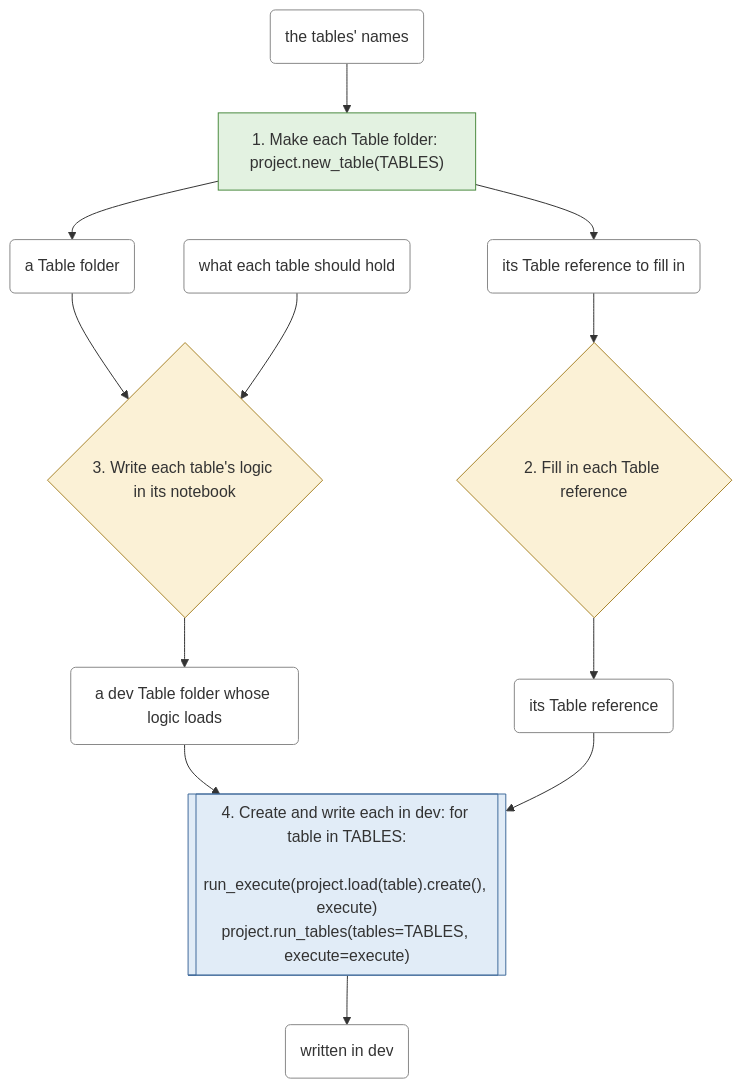
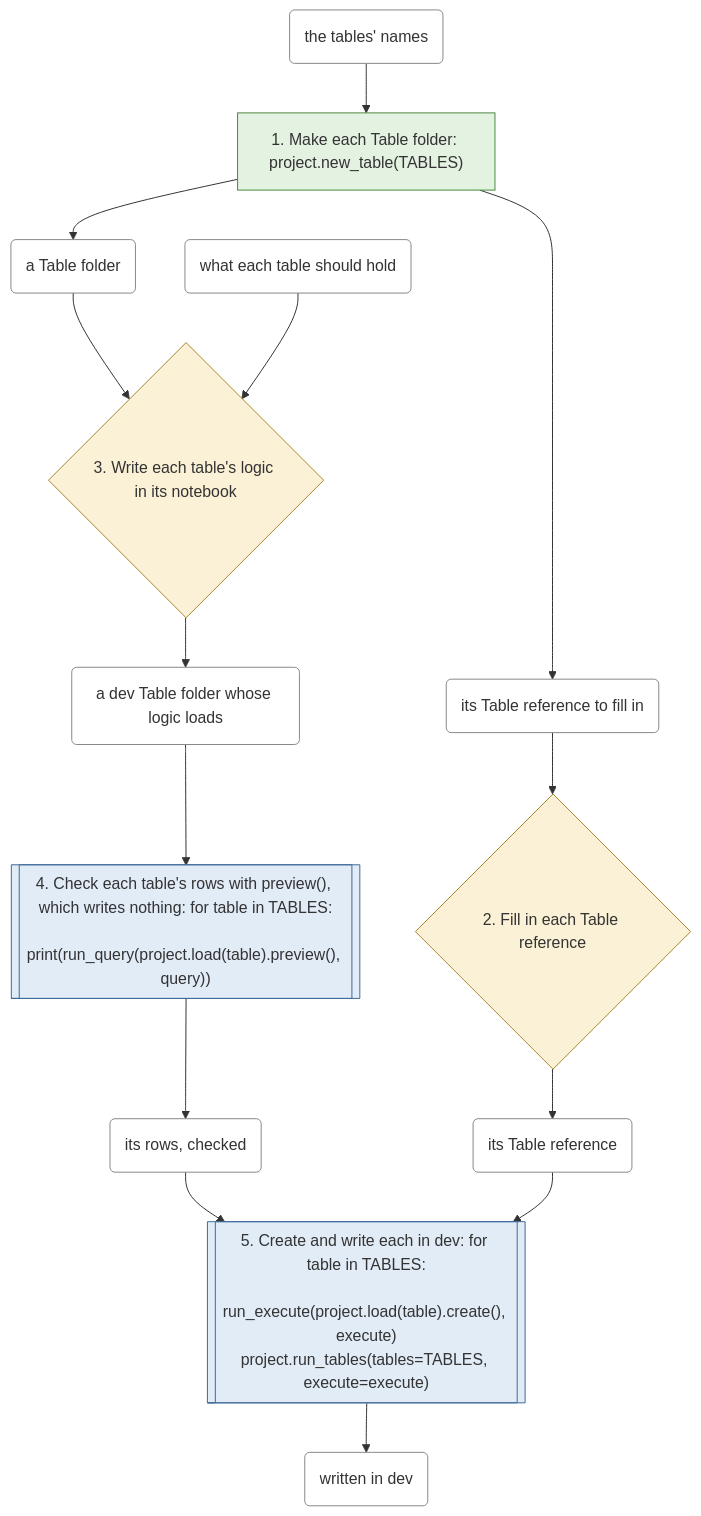
Before and after one commit to EdgyPage/SQL-Composer: the third of 6 diagrams in docs/workflows.md, drawn with Mermaid. The commit also changed other lines of this file and 21 other files, not shown here.

First line of the commit message:
feat(8.0): the other Workflows: new_table's logic done once it loads, a preview step, the change known written, D347 D348 D349

````diff
--- a/docs/workflows.md
+++ b/docs/workflows.md
@@ -148,43 +148,50 @@
 ```mermaid
 flowchart TD
     s0["1. Make each Table folder: project.new_table(TABLES)"]
     class s0 file
     t0 --> s0
     s0 --> t1
     s0 --> t2
     s1{"2. Fill in each Table reference"}
     class s1 decision
     t2 --> s1
     s1 --> t3
     s2{"3. Write each table's logic in its notebook"}
     class s2 decision
     t1 --> s2
     t4 --> s2
     s2 --> t5
-    s3[["4. Create and write each in dev: for table in TABLES:
+    s3[["4. Check each table's rows with preview(), which writes nothing: for table in TABLES:
+    print(run_query(project.load(table).preview(), query))"]]
+    class s3 permission
+    t5 --> s3
+    s3 --> t6
+    s4[["5. Create and write each in dev: for table in TABLES:
     run_execute(project.load(table).create(), execute)
 project.run_tables(tables=TABLES, execute=execute)"]]
-    class s3 permission
-    t5 --> s3
-    t3 --> s3
-    s3 --> t6
+    class s4 permission
+    t6 --> s4
+    t3 --> s4
+    s4 --> t7
     t0("the tables' names")
     class t0 thing
     t1("a Table folder")
     class t1 thing
     t2("its Table reference to fill in")
     class t2 thing
     t3("its Table reference")
     class t3 thing
     t4("what each table should hold")
     class t4 thing
     t5("a dev Table folder whose logic loads")
     class t5 thing
-    t6("written in dev")
+    t6("its rows, checked")
     class t6 thing
+    t7("written in dev")
+    class t7 thing
     classDef file fill:#e3f2e1,stroke:#4a8a3f
     classDef permission fill:#e1ecf7,stroke:#3f6a9a
     classDef decision fill:#fbf1d6,stroke:#a8842a
     classDef fiddling fill:#f8d7d5,stroke:#b03a30
     classDef thing fill:#ffffff,stroke:#888888
 ```
````
